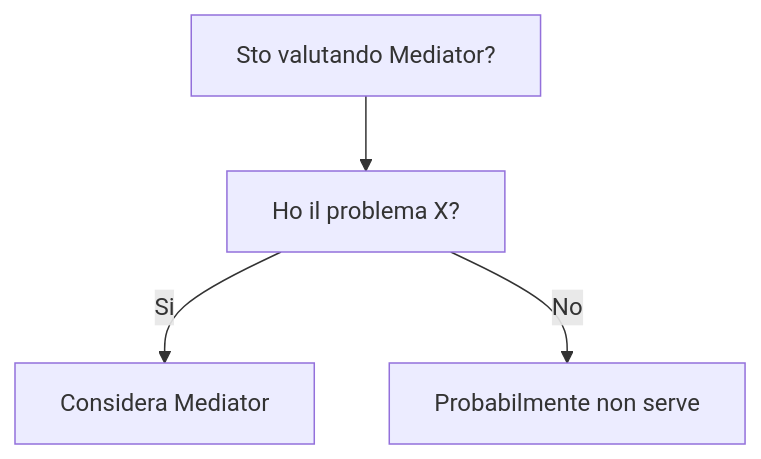
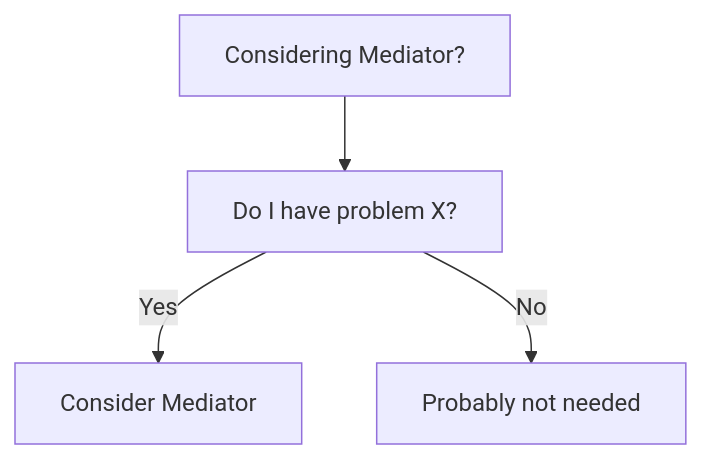
The diagram in dev-wiki/03_Design_Patterns/Behavioral/Mediator/When_To_Use.md (HxT9/Software-Dev-Wiki), drawn with Mermaid before and after one commit. The commit also changed other lines of this file and 3444 other files, not shown here.

````diff
--- a/dev-wiki/03_Design_Patterns/Behavioral/Mediator/When_To_Use.md
+++ b/dev-wiki/03_Design_Patterns/Behavioral/Mediator/When_To_Use.md
@@ -19,6 +19,6 @@
 ```mermaid
 flowchart TD
-  Q[Sto valutando Mediator?] --> Q1[Ho il problema X?]
-  Q1 -->|Si| OK[Considera Mediator]
-  Q1 -->|No| NO[Probabilmente non serve]
+  Q[Considering Mediator?] --> Q1[Do I have problem X?]
+  Q1 -->|Yes| OK[Consider Mediator]
+  Q1 -->|No| NO[Probably not needed]
 ```
````
